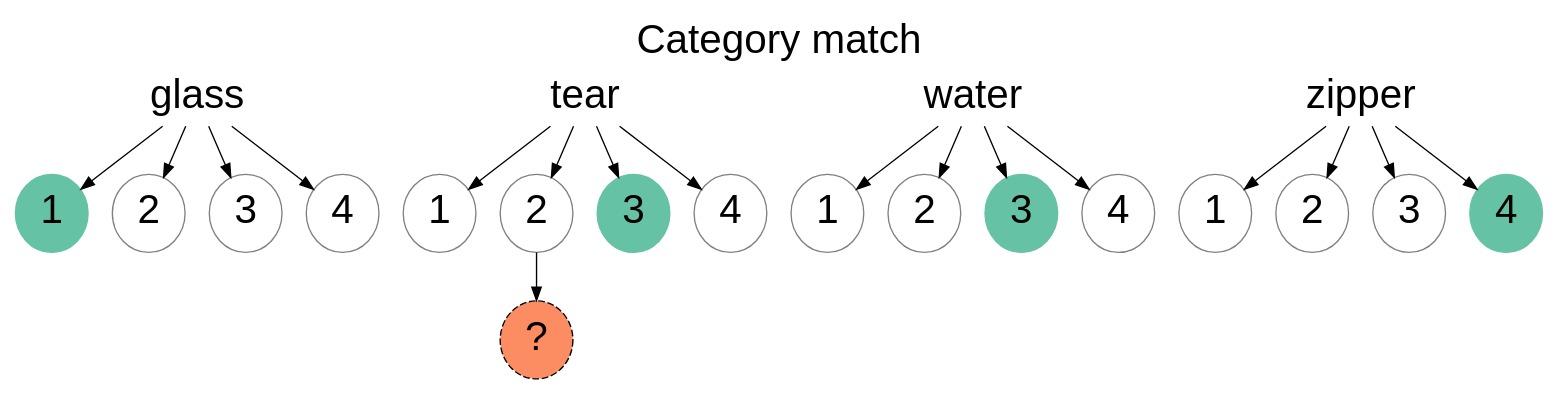
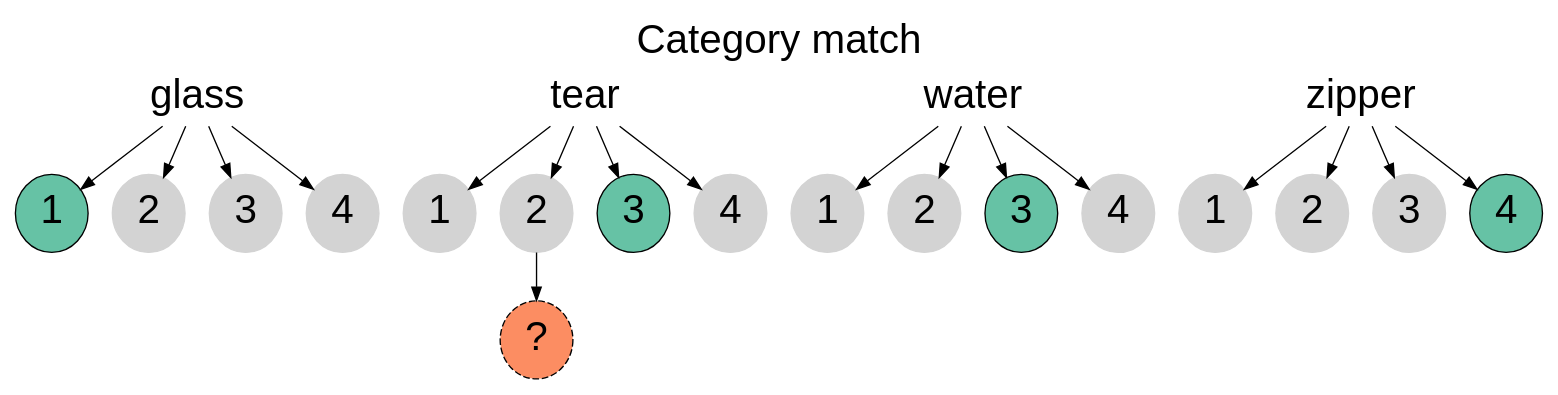
Before and after one commit to lupyanlab/words-in-transition: the diagram in wordsintransition/inst/extdata/category-match.gv, drawn with Graphviz. The commit also changed 2 other files, not shown here.

```diff
--- a/wordsintransition/inst/extdata/category-match.gv
+++ b/wordsintransition/inst/extdata/category-match.gv
@@ -1,47 +1,47 @@
 digraph {
   labelloc="t";
   label="Category match";
 
   graph[fontname="helvetica", fontsize=30];
   node[fontname="helvetica", fontsize=30];
 
   glass[shape="none"];
   tear[shape="none"];
   water[shape="none"];
   zipper[shape="none"];
 
   glass -> {glass1, glass2, glass3, glass4};
   tear -> {tear1, tear2, tear3, tear4};
   water -> {water1, water2, water3, water4};
   zipper -> {zipper1, zipper2, zipper3, zipper4};
 
-  glass1[style="filled", fillcolor="#66C2A5", color="#66C2A5"];
-  tear3[style="filled", fillcolor="#66C2A5", color="#66C2A5"];
-  water3[style="filled", fillcolor="#66C2A5", color="#66C2A5"];
-  zipper4[style="filled", fillcolor="#66C2A5", color="#66C2A5"];
+  glass1[style="filled", fillcolor="#66C2A5"];
+  tear3[style="filled", fillcolor="#66C2A5"];
+  water3[style="filled", fillcolor="#66C2A5"];
+  zipper4[style="filled", fillcolor="#66C2A5"];
 
   glass1[label="1"];
   glass2[label="2"];
   glass3[label="3"];
   glass4[label="4"];
 
   tear1[label="1"];
   tear2[label="2"];
   tear3[label="3"];
   tear4[label="4"];
 
   water1[label="1"];
   water2[label="2"];
   water3[label="3"];
   water4[label="4"];
 
   zipper1[label="1"];
   zipper2[label="2"];
   zipper3[label="3"];
   zipper4[label="4"];
 
-  glass2, glass3, glass4, tear1, tear2, tear4, water1, water2, water4, zipper1, zipper2, zipper3[color="gray"];
+  glass2, glass3, glass4, tear1, tear2, tear4, water1, water2, water4, zipper1, zipper2, zipper3[style="filled", color="lightgray", fillcolor="lightgray"];
 
   tear2 -> gen1;
   gen1[label="?", style="filled, dashed", fillcolor="#FC8D62"];
 }
```
